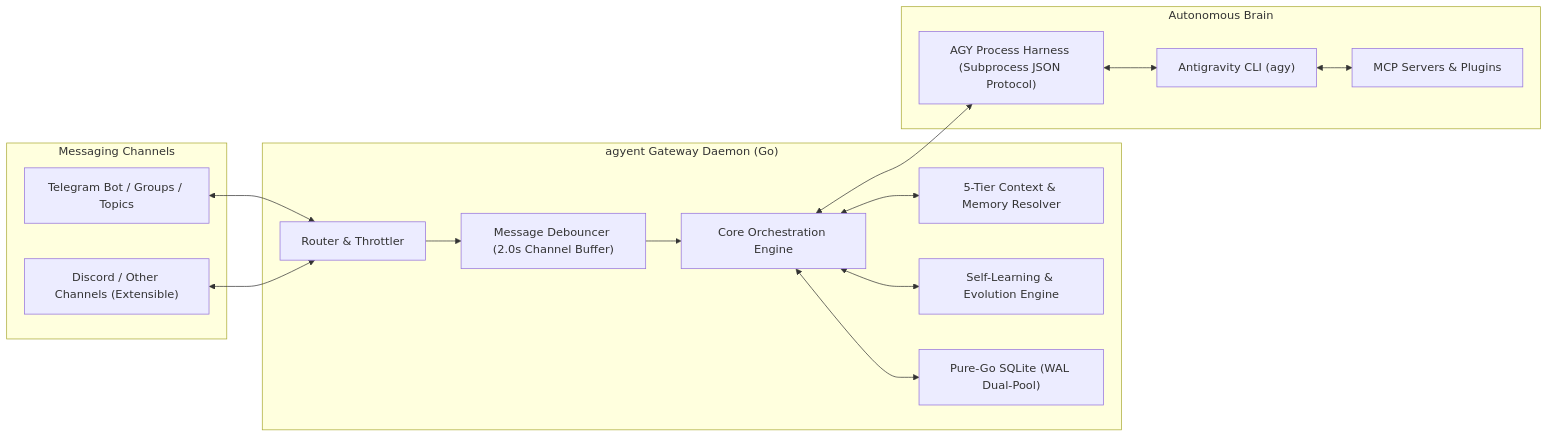
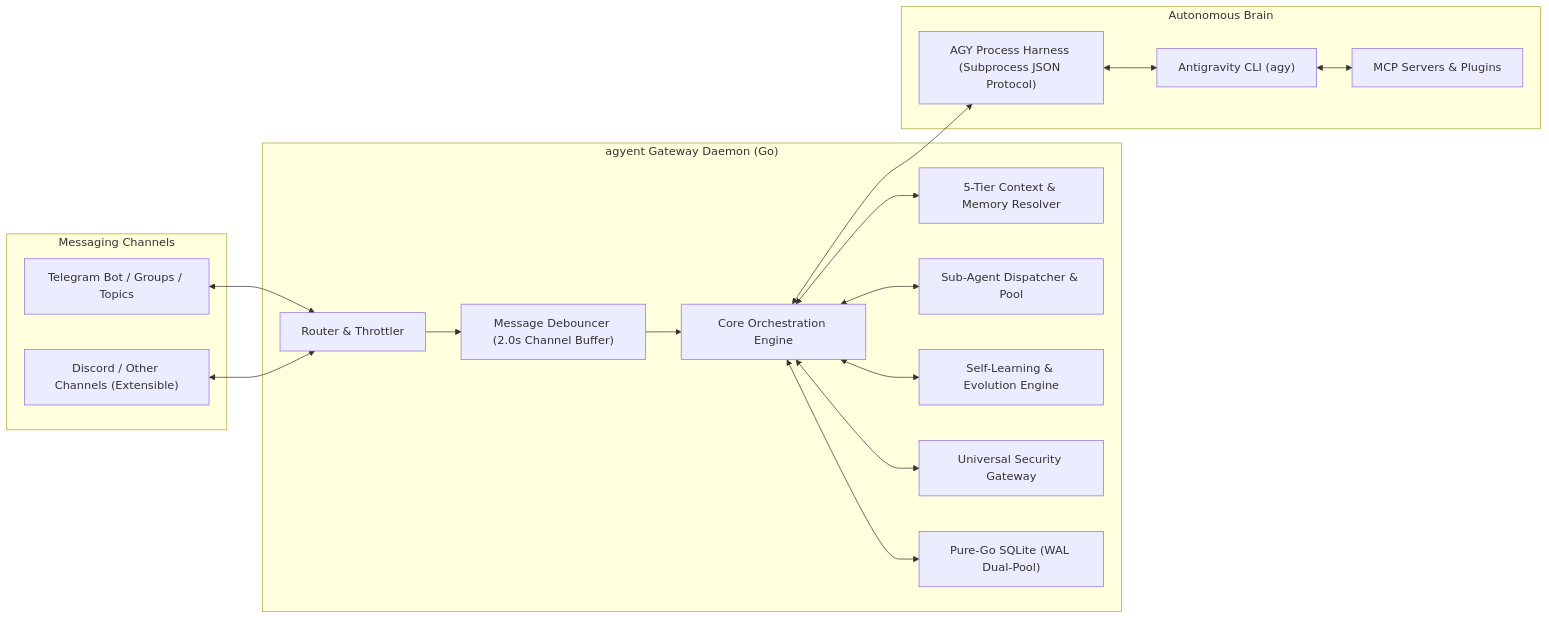
One commit to khanhbkqt/agyent changed the diagram in README.md. Above: the diagram before and after it, drawn with Mermaid. The commit also changed other lines of this file and 1 other file, not shown here.

````diff
--- a/README.md
+++ b/README.md
@@ -24,33 +24,37 @@
 ```mermaid
 flowchart LR
     subgraph ChatChannels ["Messaging Channels"]
         TG["Telegram Bot / Groups / Topics"]
         DC["Discord / Other Channels (Extensible)"]
     end
 
     subgraph agyentDaemon ["agyent Gateway Daemon (Go)"]
         Router["Router & Throttler"]
         Debounce["Message Debouncer (2.0s Channel Buffer)"]
         Engine["Core Orchestration Engine"]
         ContextMgr["5-Tier Context & Memory Resolver"]
+        SubDisp["Sub-Agent Dispatcher & Pool"]
         EvolEngine["Self-Learning & Evolution Engine"]
+        SecMgr["Universal Security Gateway"]
         Storage["Pure-Go SQLite (WAL Dual-Pool)"]
     end
 
     subgraph Brain ["Autonomous Brain"]
         Harness["AGY Process Harness (Subprocess JSON Protocol)"]
         AGY["Antigravity CLI (agy)"]
         MCP["MCP Servers & Plugins"]
     end
 
     TG <--> Router
     DC <--> Router
     Router --> Debounce
     Debounce --> Engine
     Engine <--> ContextMgr
+    Engine <--> SubDisp
     Engine <--> EvolEngine
+    Engine <--> SecMgr
     Engine <--> Storage
     Engine <--> Harness
     Harness <--> AGY
     AGY <--> MCP
 ```
````
